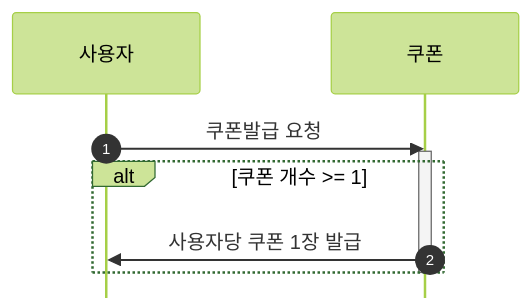
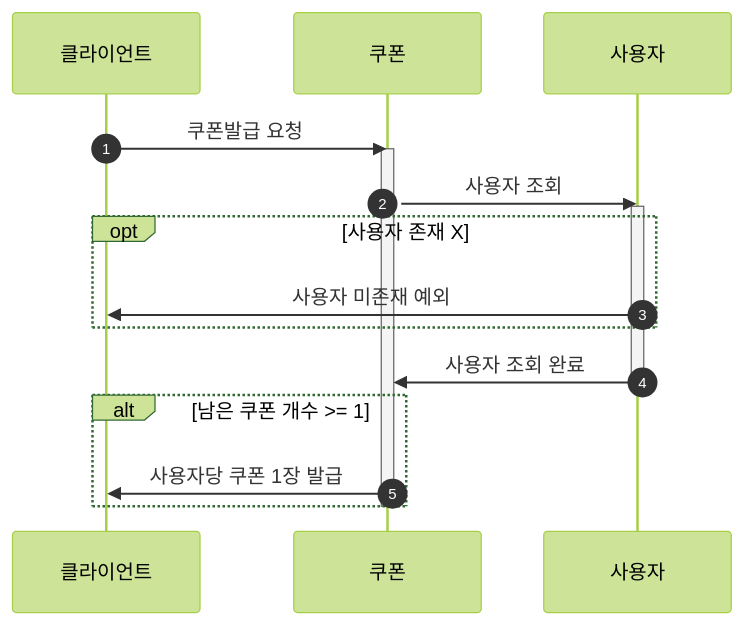
One commit to minjihonim/hh-server-java changed the fifth of 6 diagrams in docs/seq_diagram.md. Above: the diagram before and after it, drawn with Mermaid. The commit also changed other lines of this file, not shown here.

Commit message:
시퀀스-다이어그램-수정

````diff
--- a/docs/seq_diagram.md
+++ b/docs/seq_diagram.md
@@ -181,16 +146,26 @@
 ```mermaid
-%%{init: {"theme":"forest","logLevel":"fatal","securityLevel":"strict","startOnLoad":true,"arrowMarkerAbsolute":false,"htmlLabels":true,"sequence":{"useMaxWidth":true,"actorMargin":80,"mirrorActors":false,"showSequenceNumbers":true}}}%%
+%%{init: {"theme":"forest"}}%%
 sequenceDiagram
+autonumber
+actor C_CLIENT as 클라이언트
 
-participant C_CLIENT as 사용자
+participant C_CLIENT as 클라이언트
 participant C_COUPON as 쿠폰
+participant C_USER as 사용자
 
 %% 선착순쿠폰
 C_CLIENT ->> C_COUPON : 쿠폰발급 요청
 activate C_COUPON
-alt 쿠폰 개수 >= 1
+C_COUPON ->> C_USER: 사용자 조회
+activate C_USER
+opt 사용자 존재 X
+    C_USER ->> C_CLIENT : 사용자 미존재 예외
+end
+C_USER ->> C_COUPON : 사용자 조회 완료
+deactivate C_USER
+alt 남은 쿠폰 개수 >= 1
 C_COUPON ->> C_CLIENT : 사용자당 쿠폰 1장 발급
 end
 deactivate C_COUPON
 
 ```
````
